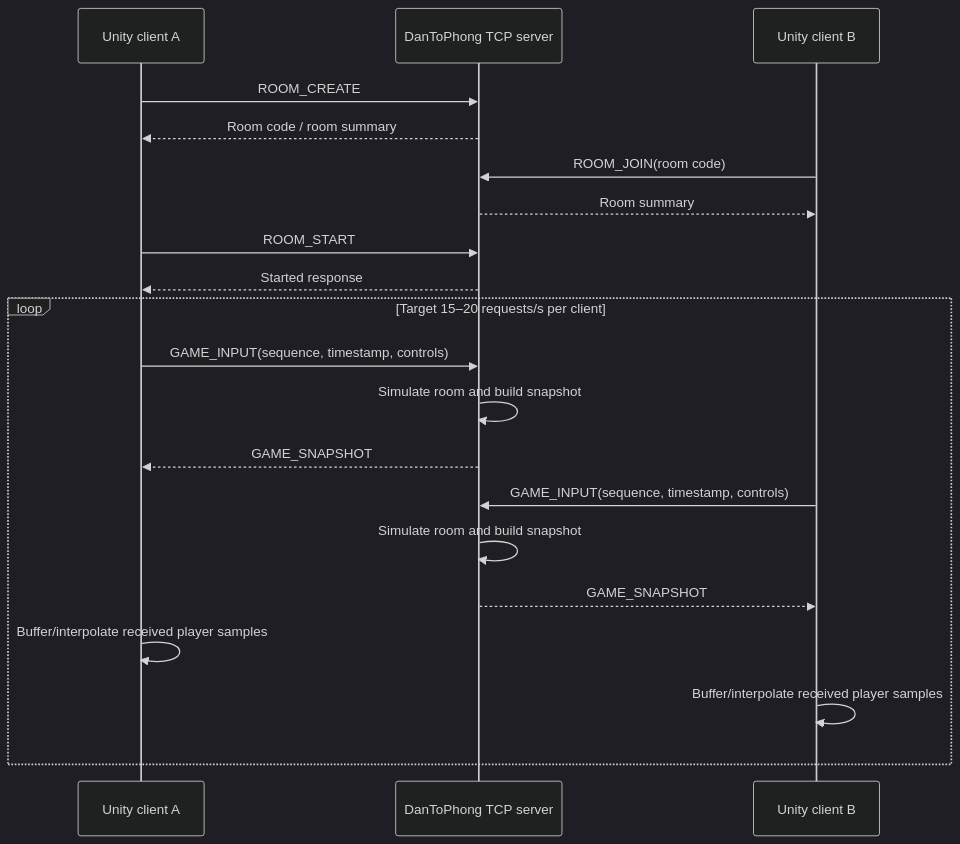
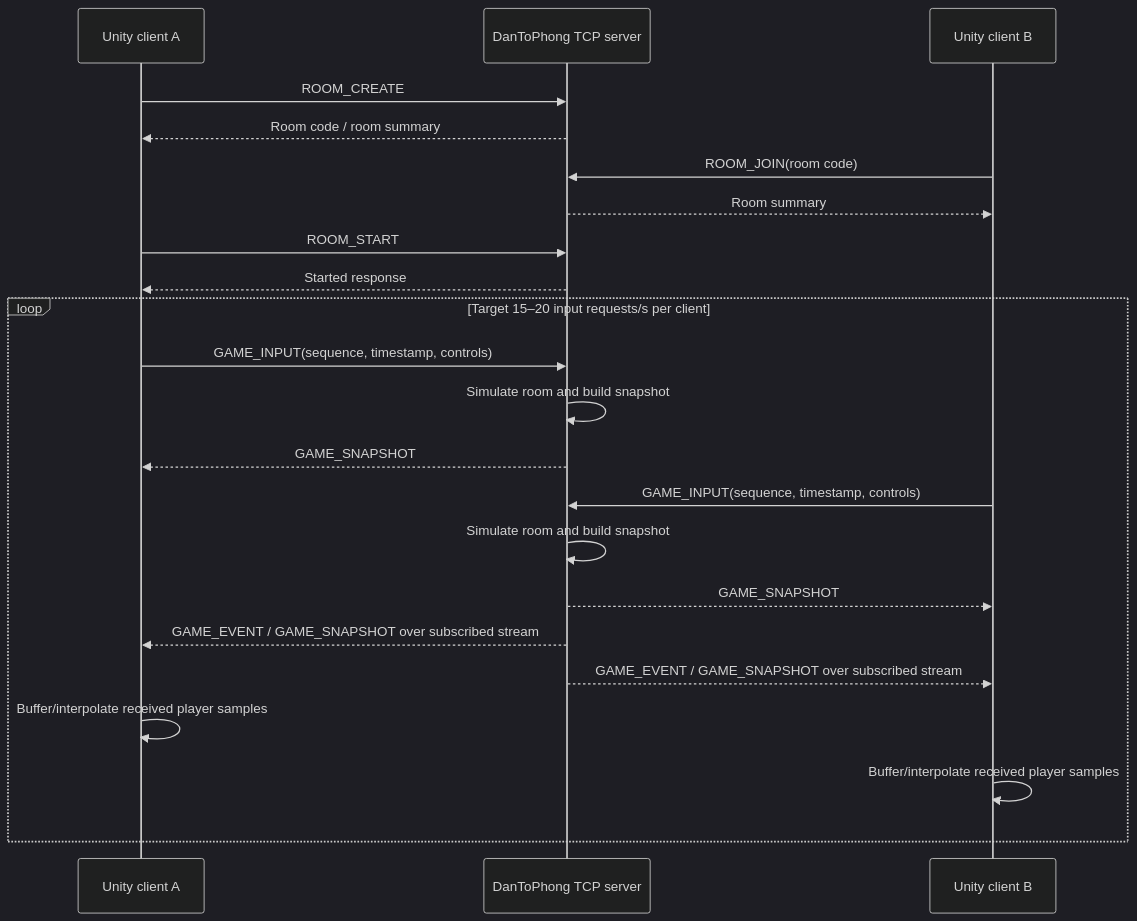
The second of 3 diagrams in docs/protocol.md (thanhnhi8769-ctrl/DanToPhong), drawn with Mermaid (dark theme) before and after one commit. The commit also changed other lines of this file and 20 other files, not shown here.

````diff
--- a/docs/protocol.md
+++ b/docs/protocol.md
@@ -154,22 +164,24 @@
 ```mermaid
 sequenceDiagram
     participant A as Unity client A
     participant S as DanToPhong TCP server
     participant B as Unity client B
     A->>S: ROOM_CREATE
     S-->>A: Room code / room summary
     B->>S: ROOM_JOIN(room code)
     S-->>B: Room summary
     A->>S: ROOM_START
     S-->>A: Started response
-    loop Target 15–20 requests/s per client
+    loop Target 15–20 input requests/s per client
         A->>S: GAME_INPUT(sequence, timestamp, controls)
         S->>S: Simulate room and build snapshot
         S-->>A: GAME_SNAPSHOT
         B->>S: GAME_INPUT(sequence, timestamp, controls)
         S->>S: Simulate room and build snapshot
         S-->>B: GAME_SNAPSHOT
+        S-->>A: GAME_EVENT / GAME_SNAPSHOT over subscribed stream
+        S-->>B: GAME_EVENT / GAME_SNAPSHOT over subscribed stream
         A->>A: Buffer/interpolate received player samples
         B->>B: Buffer/interpolate received player samples
     end
 ```
````
